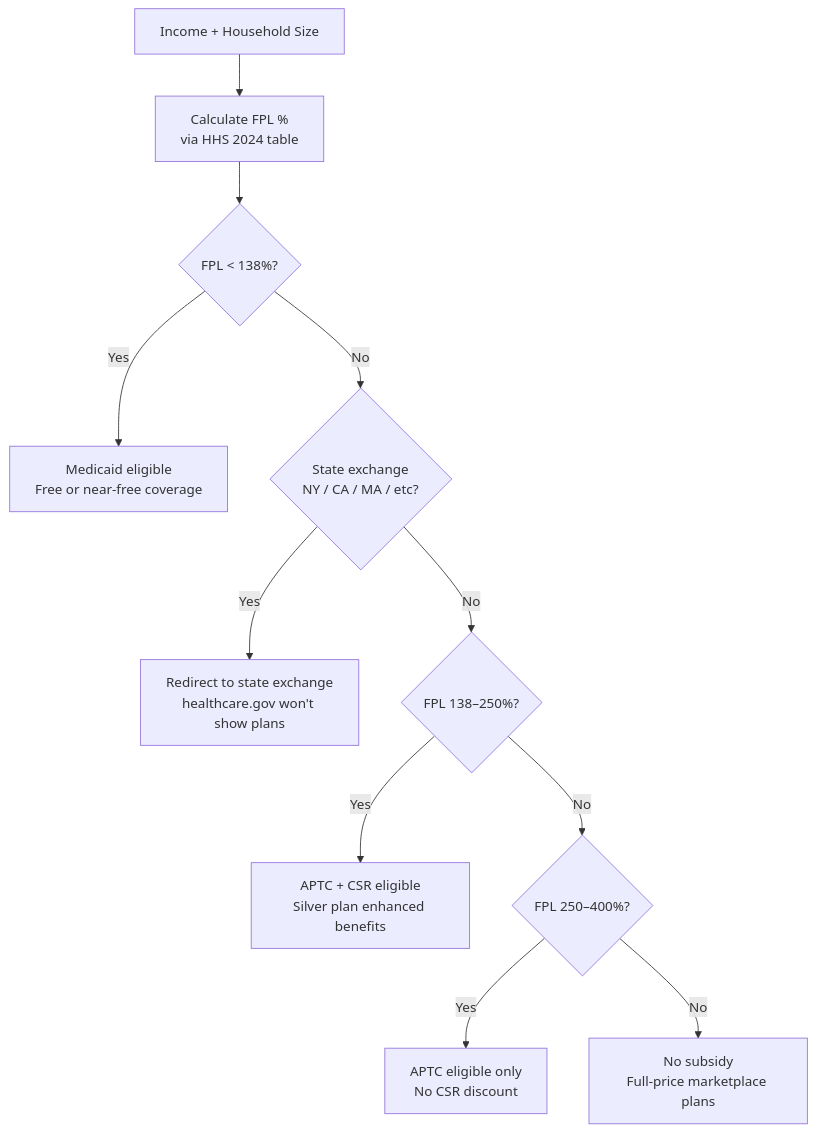
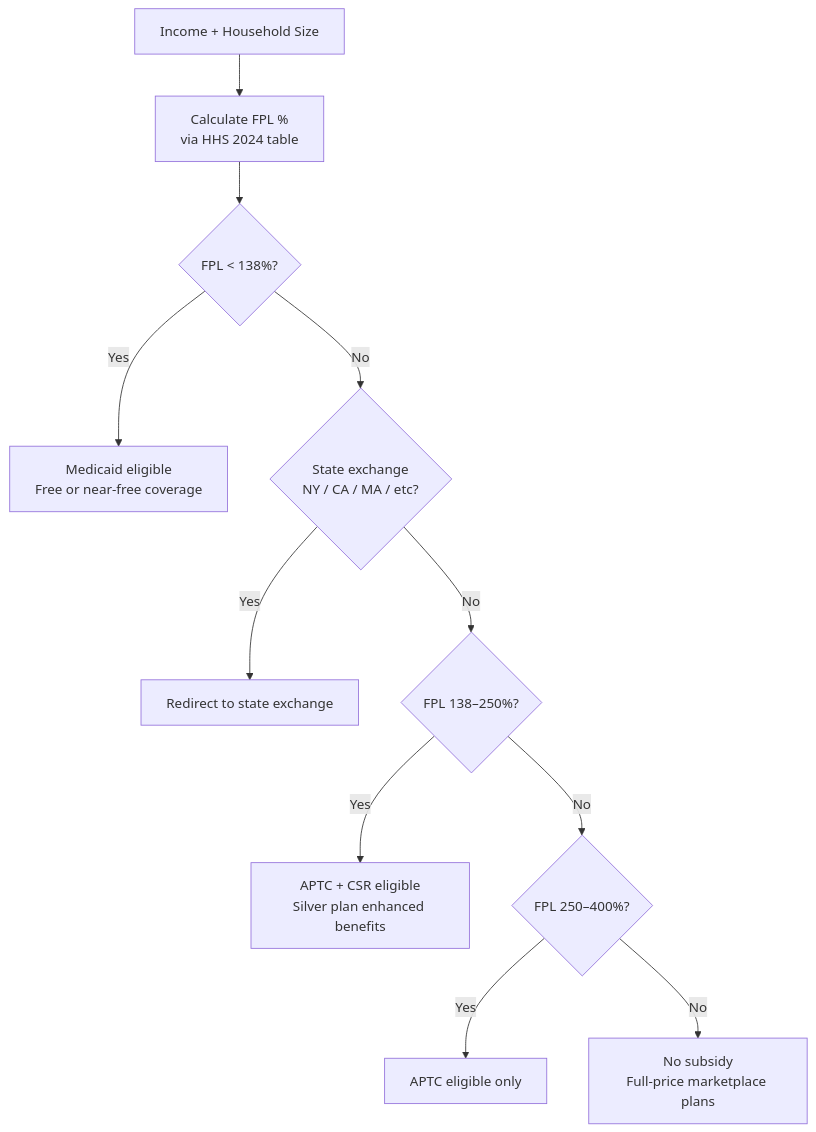
One commit to ritwiksharan/CoverWise changed the third of 4 diagrams in README.md. Above: the diagram before and after it, drawn with Mermaid. The commit also changed other lines of this file, not shown here.

````diff
--- a/README.md
+++ b/README.md
@@ -219,13 +291,13 @@
 ```mermaid
 flowchart TD
     I[Income + Household Size] --> FPL[Calculate FPL %\nvia HHS 2024 table]
     FPL --> R1{FPL < 138%?}
     R1 -->|Yes| M[Medicaid eligible\nFree or near-free coverage]
     R1 -->|No| R2{State exchange\nNY / CA / MA / etc?}
-    R2 -->|Yes| SE[Redirect to state exchange\nhealthcare.gov won't show plans]
+    R2 -->|Yes| SE[Redirect to state exchange]
     R2 -->|No| R3{FPL 138–250%?}
     R3 -->|Yes| CSR[APTC + CSR eligible\nSilver plan enhanced benefits]
     R3 -->|No| R4{FPL 250–400%?}
-    R4 -->|Yes| APTC[APTC eligible only\nNo CSR discount]
+    R4 -->|Yes| APTC[APTC eligible only]
     R4 -->|No| FULL[No subsidy\nFull-price marketplace plans]
 ```
````
